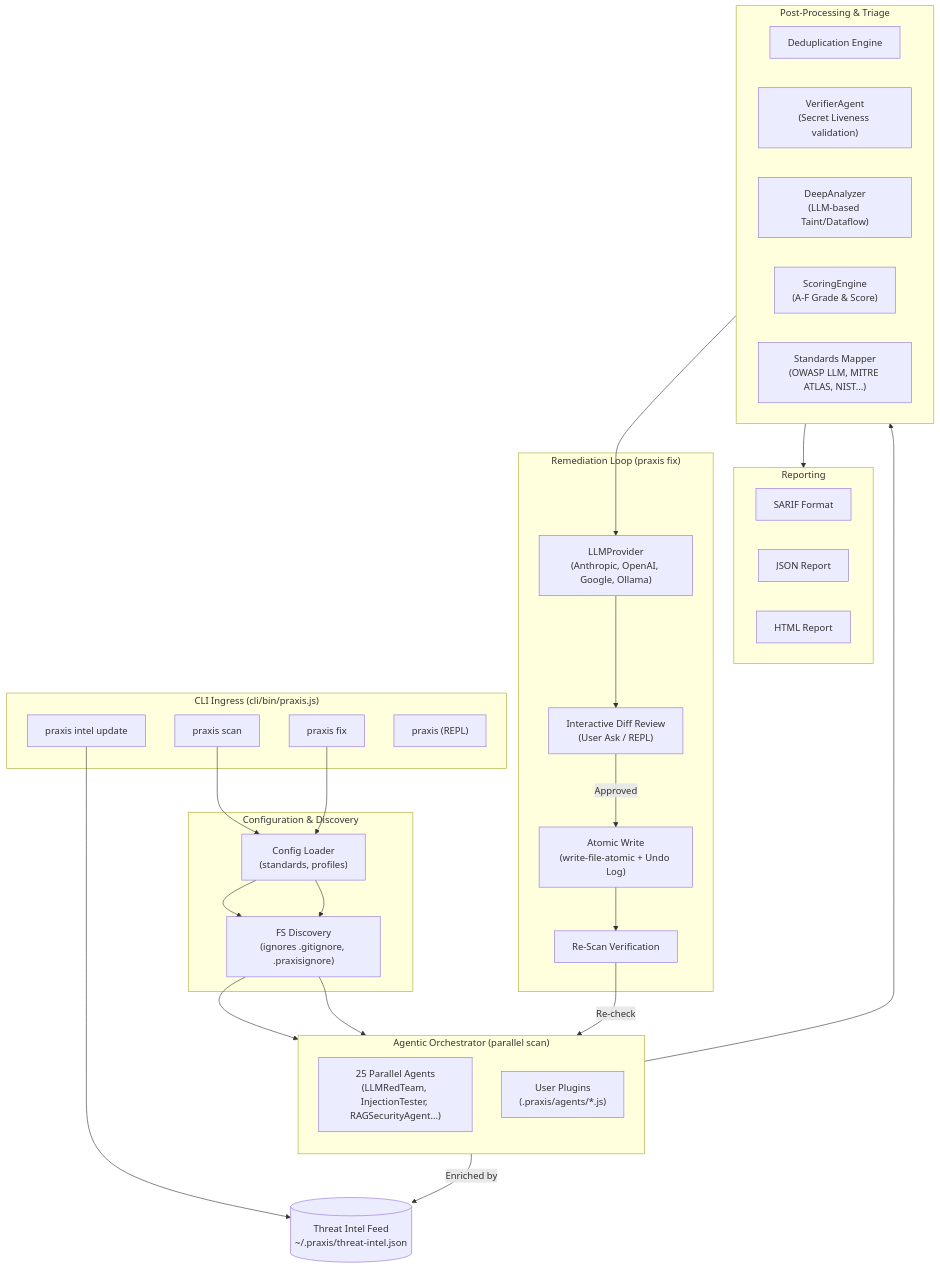
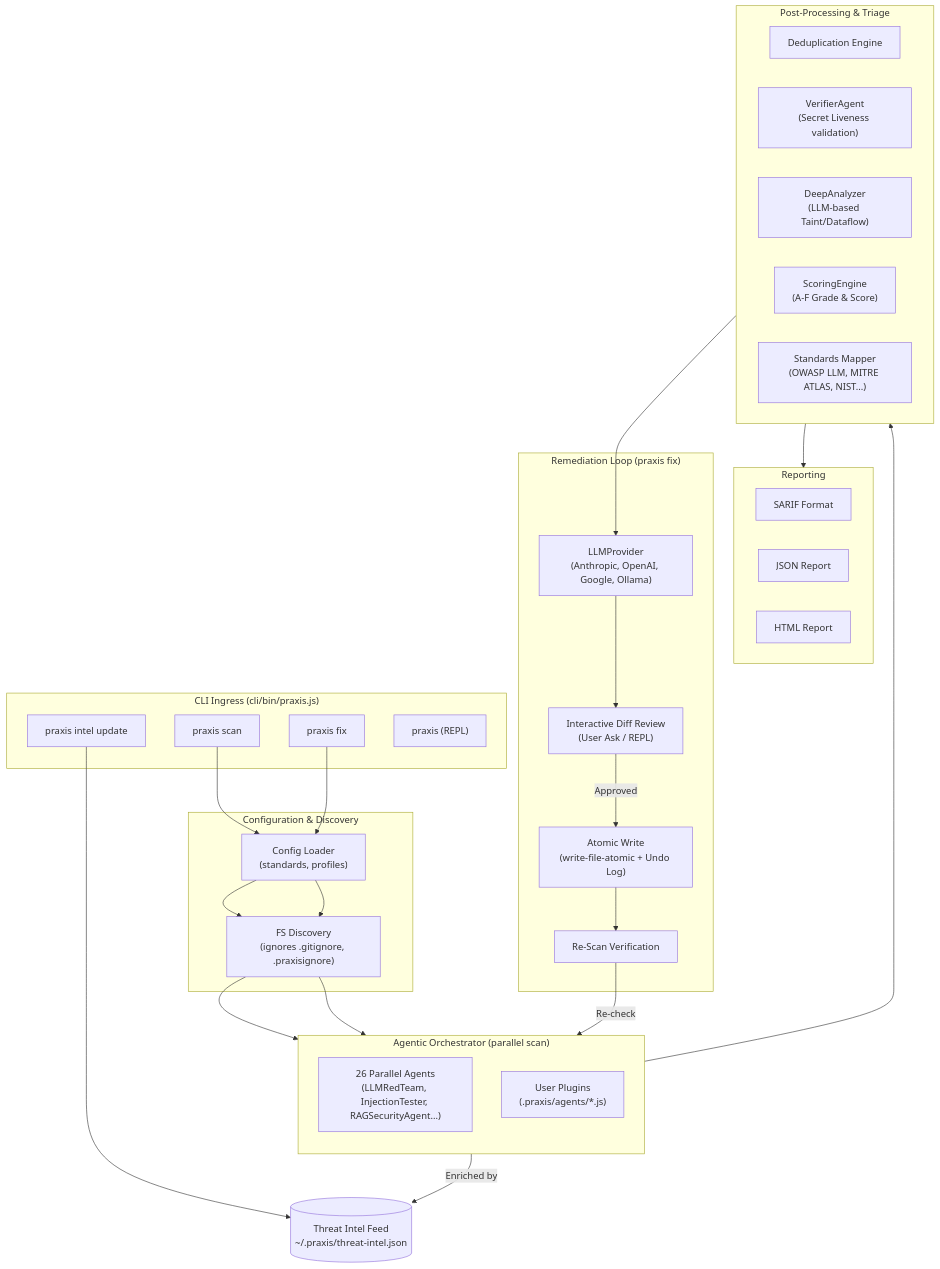
Before and after one commit to Ganron007/Praxis: the diagram in README.md, drawn with Mermaid. The commit also changed other lines of this file and 3 other files, not shown here.

````diff
--- a/README.md
+++ b/README.md
@@ -43,55 +43,55 @@
 ```mermaid
 flowchart TD
     subgraph CLI["CLI Ingress (cli/bin/praxis.js)"]
         SCAN["praxis scan"]
         FIX["praxis fix"]
         INTEL["praxis intel update"]
         REPL["praxis (REPL)"]
     end
 
     subgraph Config["Configuration & Discovery"]
         DISC["FS Discovery<br/>(ignores .gitignore, .praxisignore)"]
         CONF["Config Loader<br/>(standards, profiles)"]
     end
 
     subgraph Orchestrator["Agentic Orchestrator (parallel scan)"]
         direction TB
-        AGENTS["25 Parallel Agents<br/>(LLMRedTeam, InjectionTester, RAGSecurityAgent...)"]
+        AGENTS["26 Parallel Agents<br/>(LLMRedTeam, InjectionTester, RAGSecurityAgent...)"]
         PLUGINS["User Plugins<br/>(.praxis/agents/*.js)"]
     end
 
     subgraph Post["Post-Processing & Triage"]
         DEDUPE["Deduplication Engine"]
         VERIFY_AP["VerifierAgent<br/>(Secret Liveness validation)"]
         DEEP["DeepAnalyzer<br/>(LLM-based Taint/Dataflow)"]
         SCORE["ScoringEngine<br/>(A-F Grade & Score)"]
         MAP["Standards Mapper<br/>(OWASP LLM, MITRE ATLAS, NIST...)"]
     end
 
     subgraph Output["Reporting"]
         SARIF["SARIF Format"]
         JSON["JSON Report"]
         HTML["HTML Report"]
     end
 
     subgraph FixLoop["Remediation Loop (praxis fix)"]
         LLM_PROV["LLMProvider<br/>(Anthropic, OpenAI, Google, Ollama)"]
         ASK["Interactive Diff Review<br/>(User Ask / REPL)"]
         APPLY["Atomic Write<br/>(write-file-atomic + Undo Log)"]
         VERIFY["Re-Scan Verification"]
     end
 
     SCAN --> CONF --> DISC --> Orchestrator
     Orchestrator --> Post
     Post --> Output
 
     FIX --> CONF --> DISC --> Orchestrator
     Post --> LLM_PROV
     LLM_PROV --> ASK
     ASK -->|Approved| APPLY
     APPLY --> VERIFY
     VERIFY -->|Re-check| Orchestrator
     
     INTEL --> INTEL_FEED[("Threat Intel Feed<br/>~/.praxis/threat-intel.json")]
     Orchestrator -->|Enriched by| INTEL_FEED
 ```
````
